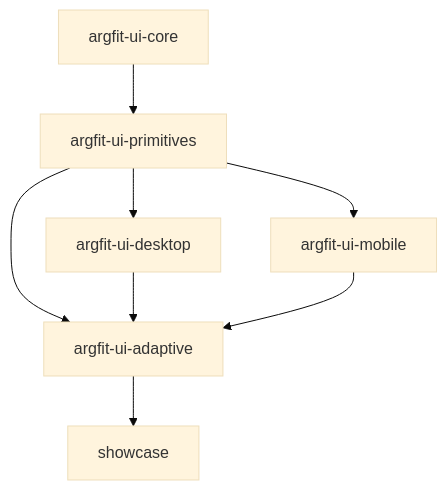
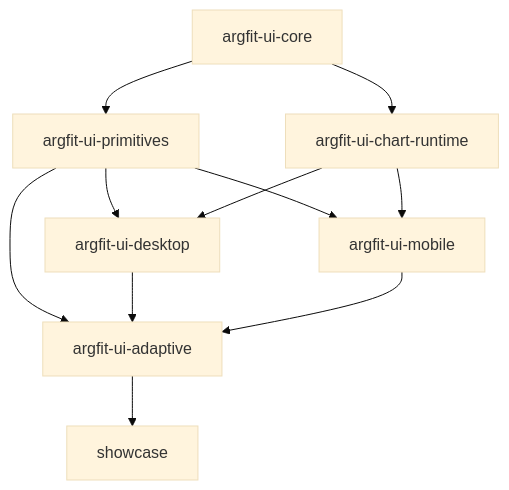
The first of 2 diagrams in docs/architecture.md (joshuacba08/argfit-ui), drawn with Mermaid (base theme) before and after one commit. The commit also changed other lines of this file and 107 other files, not shown here.

````diff
--- a/docs/architecture.md
+++ b/docs/architecture.md
@@ -36,24 +36,28 @@
 ```mermaid
 graph TD
 
 CORE[argfit-ui-core]
+CHART_RUNTIME[argfit-ui-chart-runtime]
 PRIMITIVES[argfit-ui-primitives]
 
 DESKTOP[argfit-ui-desktop]
 MOBILE[argfit-ui-mobile]
 
 ADAPTIVE[argfit-ui-adaptive]
 
 SHOWCASE[showcase]
 
 CORE --> PRIMITIVES
+CORE --> CHART_RUNTIME
 
 PRIMITIVES --> DESKTOP
 PRIMITIVES --> MOBILE
 PRIMITIVES --> ADAPTIVE
+CHART_RUNTIME --> DESKTOP
+CHART_RUNTIME --> MOBILE
 
 DESKTOP --> ADAPTIVE
 MOBILE --> ADAPTIVE
 
 ADAPTIVE --> SHOWCASE
 ```
````
